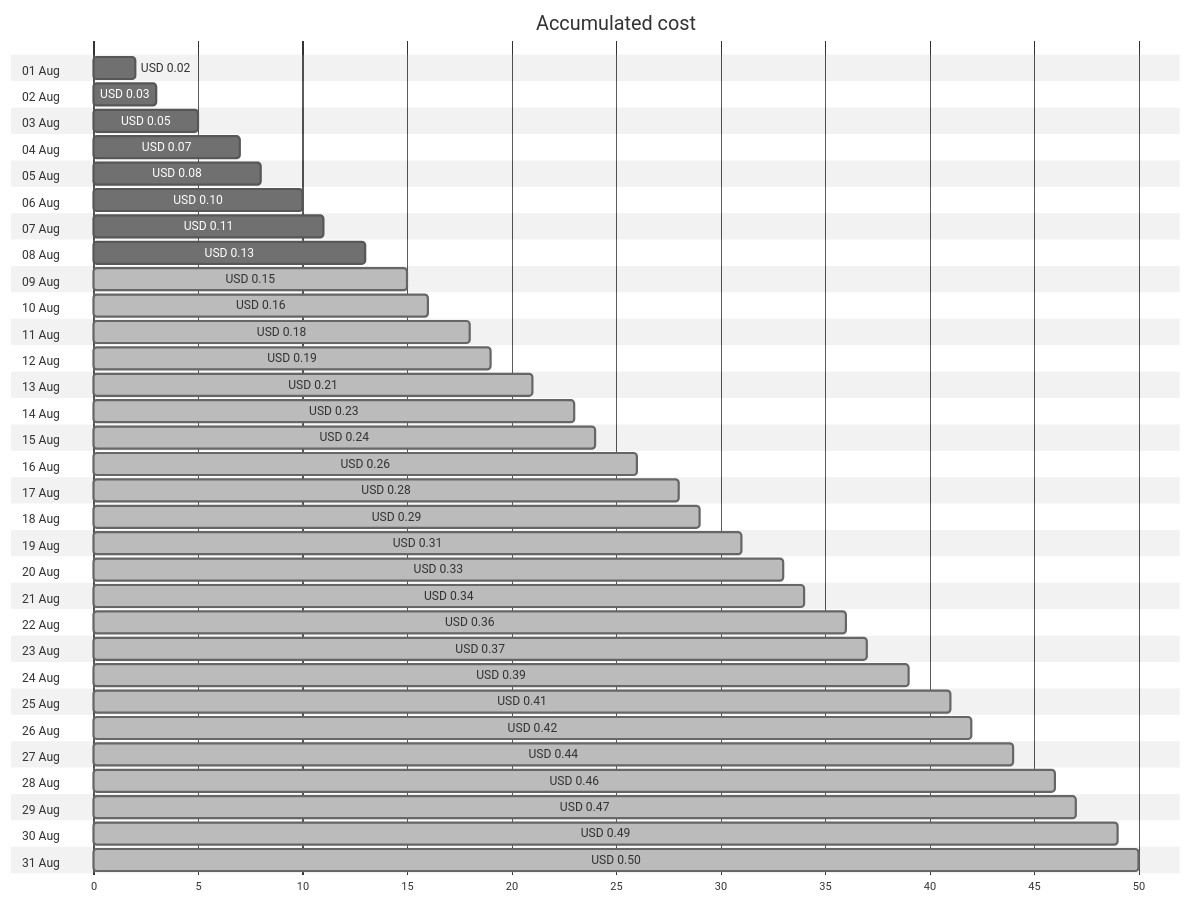
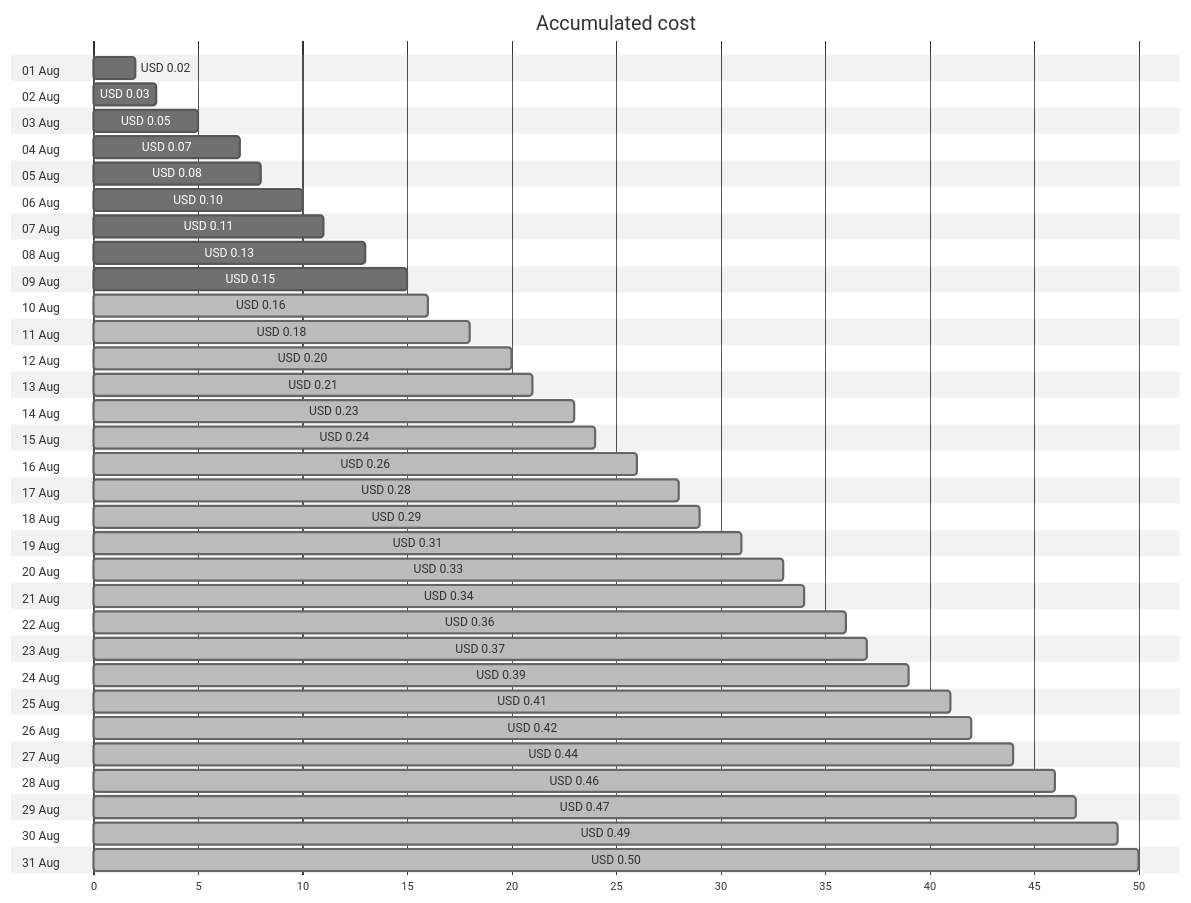
One commit to jpfulton/azure-personal-reports changed the first of 4 diagrams in cost-reports/personal-dns/jpatrickfulton.com.md. Above: the diagram before and after it, drawn with Mermaid (neutral theme). The commit also changed other lines of this file and 2 other files, not shown here.

````diff
--- a/cost-reports/personal-dns/jpatrickfulton.com.md
+++ b/cost-reports/personal-dns/jpatrickfulton.com.md
@@ -20,68 +20,68 @@
 ```mermaid
 gantt
    title Accumulated cost
    dateFormat  X
    axisFormat %s
    section 01 Aug
    USD 0.02 :0, 2
    section 02 Aug
    USD 0.03 :0, 3
    section 03 Aug
    USD 0.05 :0, 5
    section 04 Aug
    USD 0.07 :0, 7
    section 05 Aug
    USD 0.08 :0, 8
    section 06 Aug
    USD 0.10 :0, 10
    section 07 Aug
    USD 0.11 :0, 11
    section 08 Aug
    USD 0.13 :0, 13
    section 09 Aug
-   USD 0.15 : done, 0, 15
+   USD 0.15 :0, 15
    section 10 Aug
    USD 0.16 : done, 0, 16
    section 11 Aug
    USD 0.18 : done, 0, 18
    section 12 Aug
-   USD 0.19 : done, 0, 19
+   USD 0.20 : done, 0, 20
    section 13 Aug
    USD 0.21 : done, 0, 21
    section 14 Aug
    USD 0.23 : done, 0, 23
    section 15 Aug
    USD 0.24 : done, 0, 24
    section 16 Aug
    USD 0.26 : done, 0, 26
    section 17 Aug
    USD 0.28 : done, 0, 28
    section 18 Aug
    USD 0.29 : done, 0, 29
    section 19 Aug
    USD 0.31 : done, 0, 31
    section 20 Aug
    USD 0.33 : done, 0, 33
    section 21 Aug
    USD 0.34 : done, 0, 34
    section 22 Aug
    USD 0.36 : done, 0, 36
    section 23 Aug
    USD 0.37 : done, 0, 37
    section 24 Aug
    USD 0.39 : done, 0, 39
    section 25 Aug
    USD 0.41 : done, 0, 41
    section 26 Aug
    USD 0.42 : done, 0, 42
    section 27 Aug
    USD 0.44 : done, 0, 44
    section 28 Aug
    USD 0.46 : done, 0, 46
    section 29 Aug
    USD 0.47 : done, 0, 47
    section 30 Aug
    USD 0.49 : done, 0, 49
    section 31 Aug
    USD 0.50 : done, 0, 50
 ```
````
